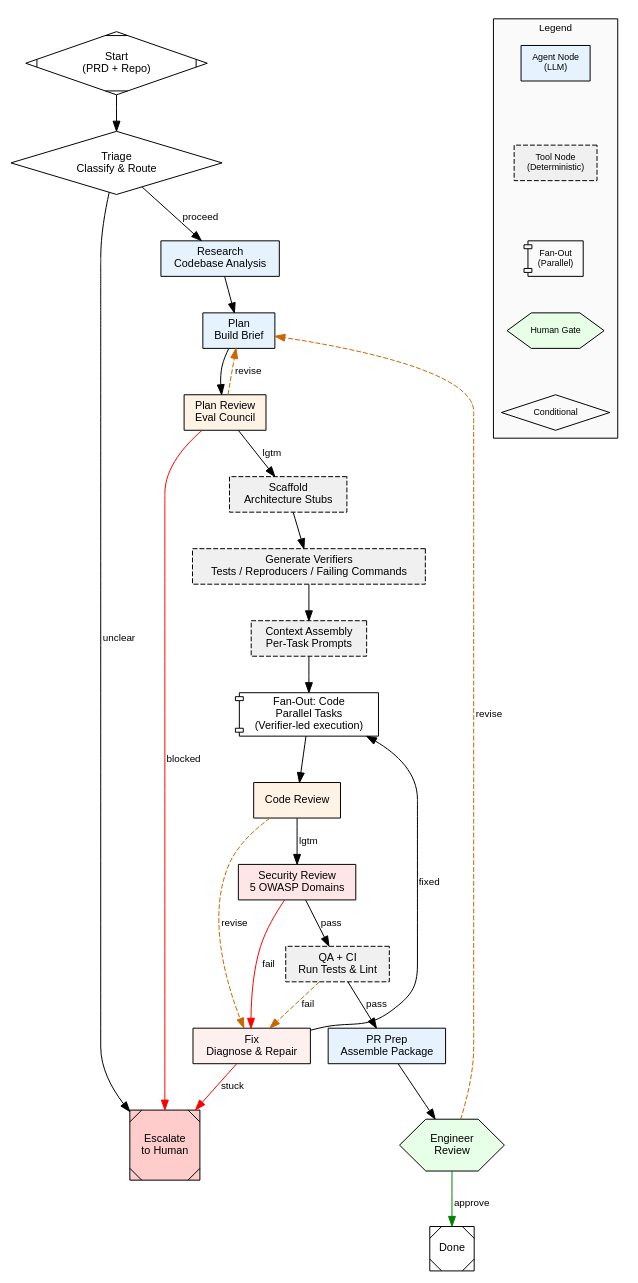
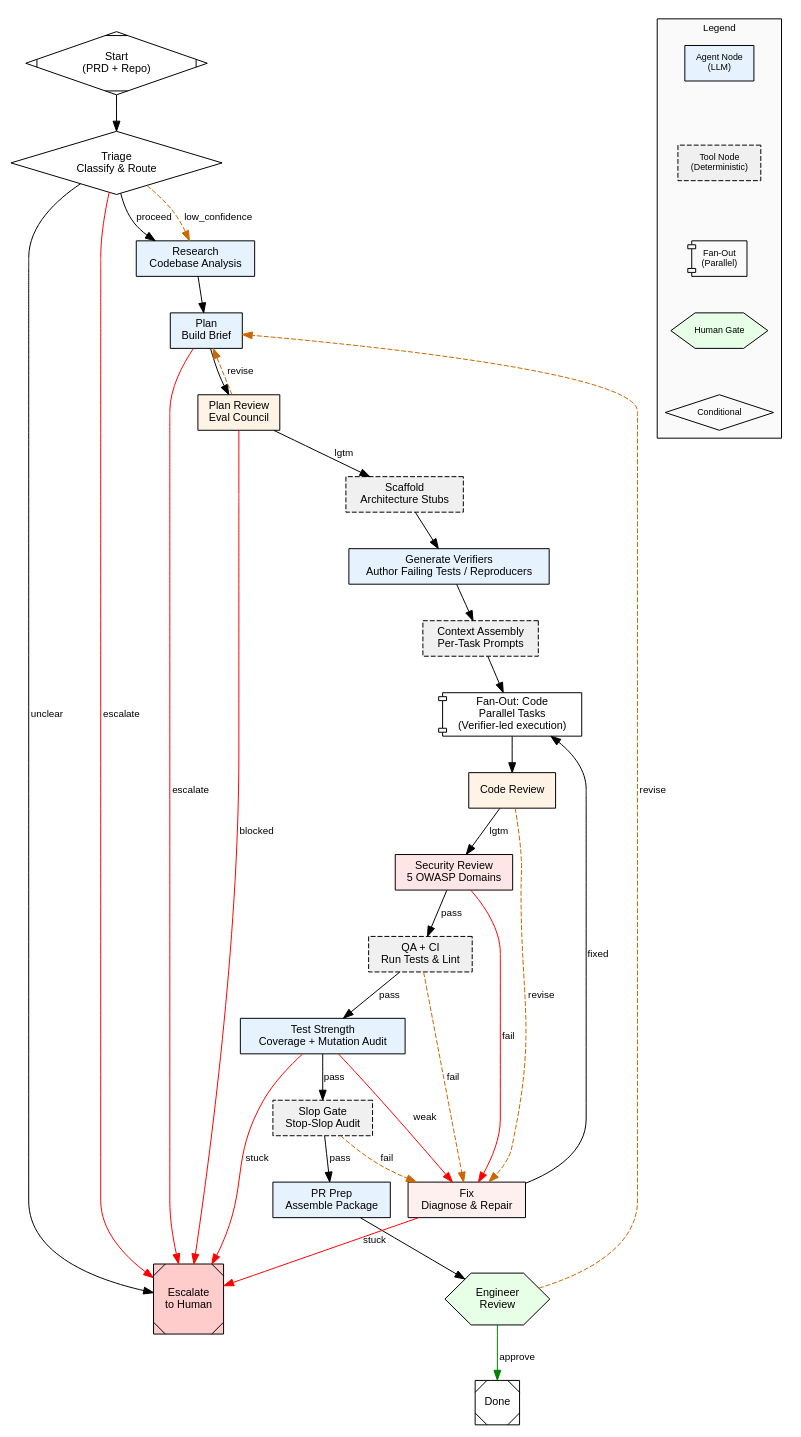
One commit to bigeasyfreeman/adlc changed the diagram in WORKFLOW.dot. Above: the diagram before and after it, drawn with Graphviz. The commit also changed 31 other files, not shown here.

First line of the commit message:
ADLC v2.1: spec-to-tests, test-strength audit, backtest harness, policy tables

```diff
--- a/WORKFLOW.dot
+++ b/WORKFLOW.dot
@@ -1,121 +1,137 @@
 // ADLC Pipeline — Directed Acyclic Graph
-// Node shapes: box=agent, component=fan-out, hexagon=human-gate, diamond=conditional, rect(dashed)=tool
-// Edge labels drive routing: lgtm, revise, escalate, pass, fail
+// Node shapes: box=agent, component=fan-out, hexagon=human-gate, diamond=conditional, rect(dashed)=tool; tool nodes are dashed and gen_tests is now an agent node.
+// Edge labels drive routing: lgtm, revise, escalate, low_confidence, pass, fail, weak, stuck
 
 digraph ADLC {
     rankdir=TB
     fontname="Helvetica"
     node [fontname="Helvetica", fontsize=11]
     edge [fontname="Helvetica", fontsize=10]
 
     // ─── Start / Exit ───
     start [shape=Mdiamond, label="Start\n(PRD + Repo)"]
     done  [shape=Msquare, label="Done"]
     escalate [shape=Msquare, label="Escalate\nto Human", style=filled, fillcolor="#ffcccc"]
 
     // ─── Triage (lightweight LLM pass) ───
     triage [shape=diamond, label="Triage\nClassify & Route"]
 
     // ─── Research (agentic) ───
     research [shape=box, label="Research\nCodebase Analysis", style=filled, fillcolor="#e6f3ff"]
 
     // ─── Planning (agentic) ───
     plan [shape=box, label="Plan\nBuild Brief", style=filled, fillcolor="#e6f3ff"]
 
     // ─── Plan Review (agentic — Eval Council) ───
     plan_review [shape=box, label="Plan Review\nEval Council", style=filled, fillcolor="#fff3e6"]
 
-    // ─── Scaffold + Tests (deterministic tool nodes) ───
+    // ─── Scaffold + Tests (scaffold deterministic, verifier authoring agentic) ───
     scaffold [shape=box, label="Scaffold\nArchitecture Stubs", style="dashed,filled", fillcolor="#f0f0f0"]
-    gen_tests [shape=box, label="Generate Verifiers\nTests / Reproducers / Failing Commands", style="dashed,filled", fillcolor="#f0f0f0"]
+    gen_tests [shape=box, label="Generate Verifiers\nAuthor Failing Tests / Reproducers", style=filled, fillcolor="#e6f3ff"]
 
     // ─── Context Assembly (deterministic) ───
     context_assembly [shape=box, label="Context Assembly\nPer-Task Prompts", style="dashed,filled", fillcolor="#f0f0f0"]
 
     // ─── Coding (fan-out: parallel task execution) ───
     code [shape=component, label="Fan-Out: Code\nParallel Tasks\n(Verifier-led execution)"]
 
     // ─── Code Review (agentic) ───
     code_review [shape=box, label="Code Review", style=filled, fillcolor="#fff3e6"]
 
     // ─── Security Review (agentic) ───
     security [shape=box, label="Security Review\n5 OWASP Domains", style=filled, fillcolor="#ffe6e6"]
 
     // ─── QA + CI (deterministic tool node) ───
     qa [shape=box, label="QA + CI\nRun Tests & Lint", style="dashed,filled", fillcolor="#f0f0f0"]
+
+    // ─── Test Strength + Slop Gate ───
+    test_strength [shape=box, label="Test Strength\nCoverage + Mutation Audit", style=filled, fillcolor="#e6f3ff"]
+    slop_gate [shape=box, label="Slop Gate\nStop-Slop Audit", style="dashed,filled", fillcolor="#f0f0f0"]
 
     // ─── PR Assembly (agentic) ───
     pr_prep [shape=box, label="PR Prep\nAssemble Package", style=filled, fillcolor="#e6f3ff"]
 
     // ─── Human Gate ───
     engineer_review [shape=hexagon, label="Engineer\nReview", style=filled, fillcolor="#e6ffe6"]
 
     // ─── Fix Node (recovery loop) ───
     fixer [shape=box, label="Fix\nDiagnose & Repair", style=filled, fillcolor="#fff0f0"]
 
     // ═══ Edges ═══
 
     // Entry
     start -> triage
 
     // Triage routing
     triage -> research     [label="proceed"]
+    triage -> research     [label="low_confidence", style=dashed, color="#cc6600"]
     triage -> escalate     [label="unclear"]
+    triage -> escalate     [label="escalate", color="red"]
 
     // Research → Plan
     research -> plan
 
     // Plan ↔ Review loop
     plan -> plan_review
     plan_review -> plan          [label="revise", style=dashed, color="#cc6600"]
     plan_review -> scaffold      [label="lgtm"]
     plan_review -> escalate      [label="blocked", color="red"]
+    plan -> escalate             [label="escalate", color="red"]
 
-    // Scaffold → Tests → Context Assembly (deterministic chain)
+    // Scaffold → Tests → Context Assembly
     scaffold -> gen_tests
     gen_tests -> context_assembly
 
     // Context Assembly → Fan-Out Code
     context_assembly -> code
 
     // Code → Review loop
     code -> code_review
     code_review -> fixer         [label="revise", style=dashed, color="#cc6600"]
     code_review -> security      [label="lgtm"]
     fixer -> code                [label="fixed"]
     fixer -> escalate            [label="stuck", color="red"]
 
     // Security gate
     security -> qa               [label="pass"]
     security -> fixer            [label="fail", color="red"]
 
     // QA gate
-    qa -> pr_prep                [label="pass"]
+    qa -> test_strength          [label="pass"]
     qa -> fixer                  [label="fail", style=dashed, color="#cc6600"]
+
+    // Test-strength gate
+    test_strength -> slop_gate   [label="pass"]
+    test_strength -> fixer       [label="weak", color="red"]
+    test_strength -> escalate    [label="stuck", color="red"]
+
+    // Slop gate
+    slop_gate -> pr_prep         [label="pass"]
+    slop_gate -> fixer           [label="fail", style=dashed, color="#cc6600"]
 
     // PR → Human Gate
     pr_prep -> engineer_review
 
     // Human gate routing
     engineer_review -> done      [label="approve", color="green"]
     engineer_review -> plan      [label="revise", style=dashed, color="#cc6600"]
 
     // ─── Subgraph: Legend ───
     subgraph cluster_legend {
         label="Legend"
         style=filled
         fillcolor="#fafafa"
         fontsize=10
 
         l_agent [shape=box, label="Agent Node\n(LLM)", style=filled, fillcolor="#e6f3ff", fontsize=9]
         l_tool  [shape=box, label="Tool Node\n(Deterministic)", style="dashed,filled", fillcolor="#f0f0f0", fontsize=9]
         l_fan   [shape=component, label="Fan-Out\n(Parallel)", fontsize=9]
         l_gate  [shape=hexagon, label="Human Gate", style=filled, fillcolor="#e6ffe6", fontsize=9]
         l_cond  [shape=diamond, label="Conditional", fontsize=9]
 
         l_agent -> l_tool [style=invis]
         l_tool -> l_fan [style=invis]
         l_fan -> l_gate [style=invis]
         l_gate -> l_cond [style=invis]
     }
 }
```
